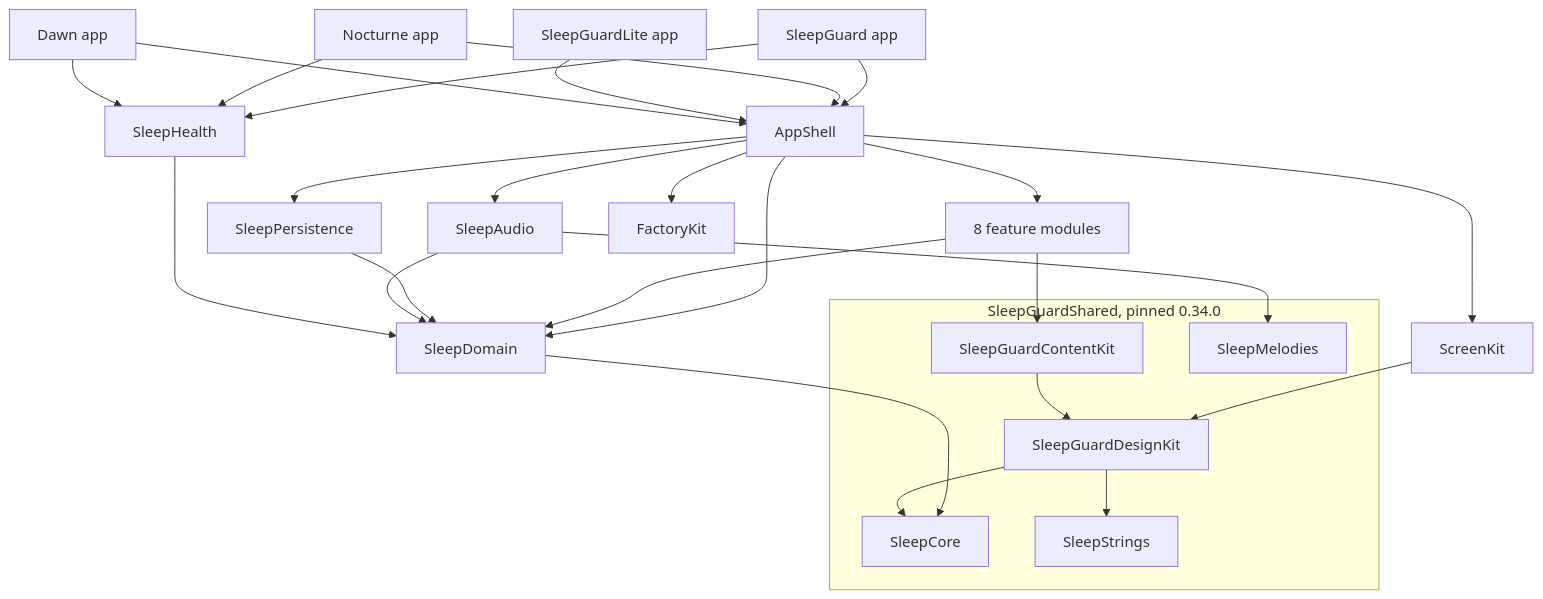
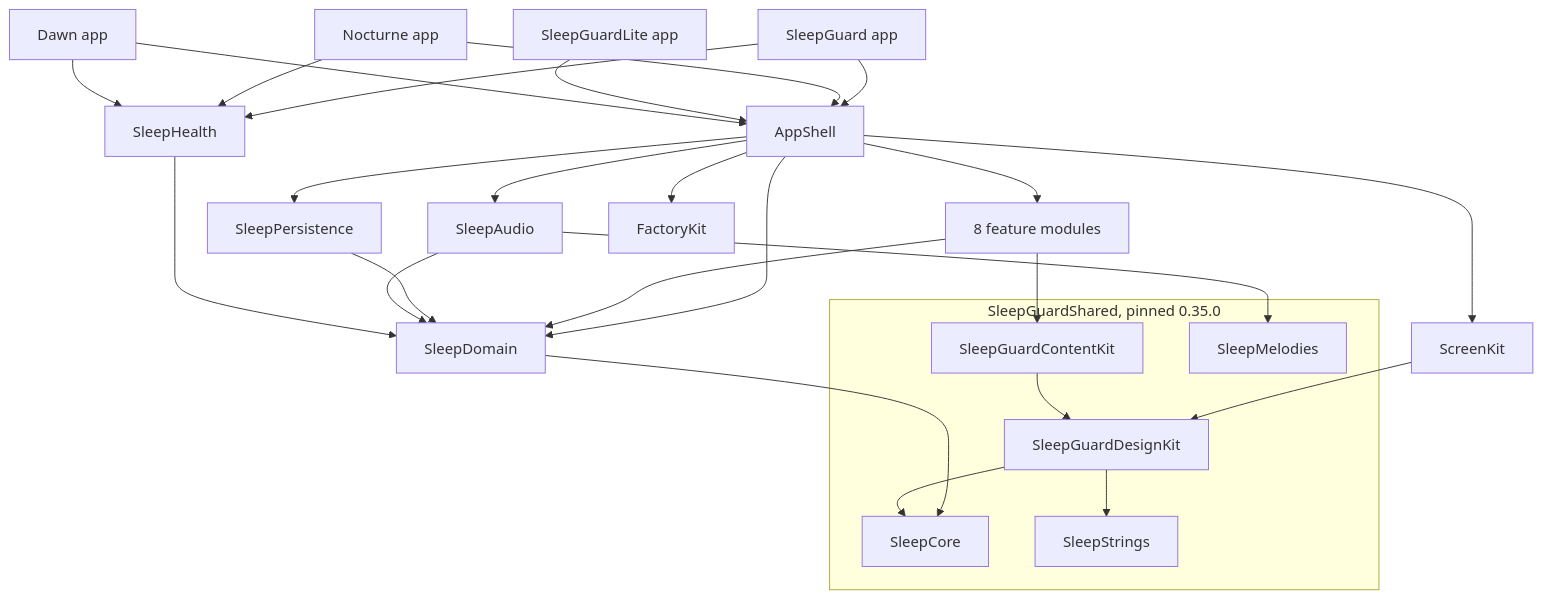
One commit to dardan0x/SleepGuardUIKitWay changed the diagram in docs/ARCHITECTURE.md. Above: the diagram before and after it, drawn with Mermaid. The commit also changed other lines of this file and 34 other files, not shown here.

````diff
--- a/docs/ARCHITECTURE.md
+++ b/docs/ARCHITECTURE.md
@@ -20,37 +20,37 @@
 ```mermaid
 graph TD
   SG[SleepGuard app] --> AppShell
   NO[Nocturne app] --> AppShell
   LI[SleepGuardLite app] --> AppShell
   DA[Dawn app] --> AppShell
   SG --> SleepHealth
   NO --> SleepHealth
   DA --> SleepHealth
 
   AppShell --> Features[8 feature modules]
   AppShell --> ScreenKit
   AppShell --> SleepPersistence
   AppShell --> SleepAudio
   AppShell --> SleepDomain
   AppShell --> FactoryKit
 
   Features --> SleepDomain
   Features --> ContentKit[SleepGuardContentKit]
   SleepPersistence --> SleepDomain
   SleepAudio --> SleepDomain
   SleepAudio --> SleepMelodies
   SleepHealth --> SleepDomain
   ScreenKit --> DesignKit[SleepGuardDesignKit]
   SleepDomain --> SleepCore
   ContentKit --> DesignKit
   DesignKit --> SleepStrings
   DesignKit --> SleepCore
 
-  subgraph Shared["SleepGuardShared, pinned 0.34.0"]
+  subgraph Shared["SleepGuardShared, pinned 0.35.0"]
     SleepCore
     SleepStrings
     SleepMelodies
     DesignKit
     ContentKit
   end
 ```
````
